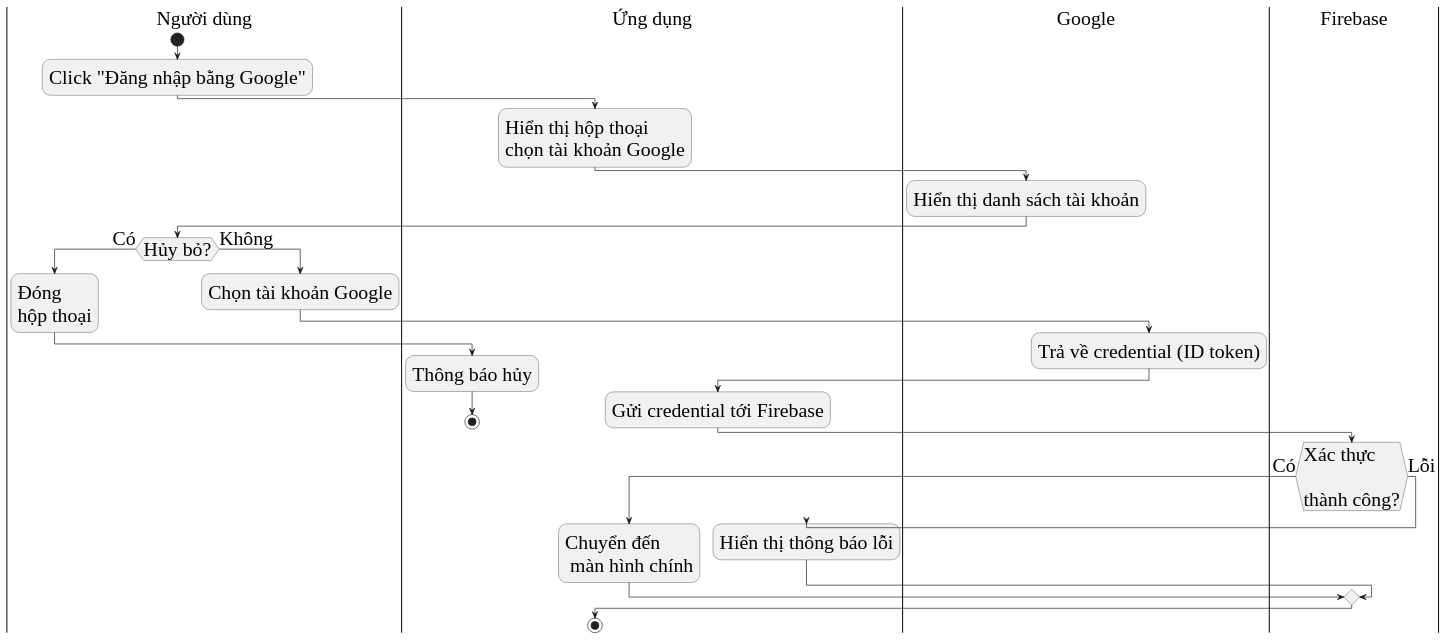
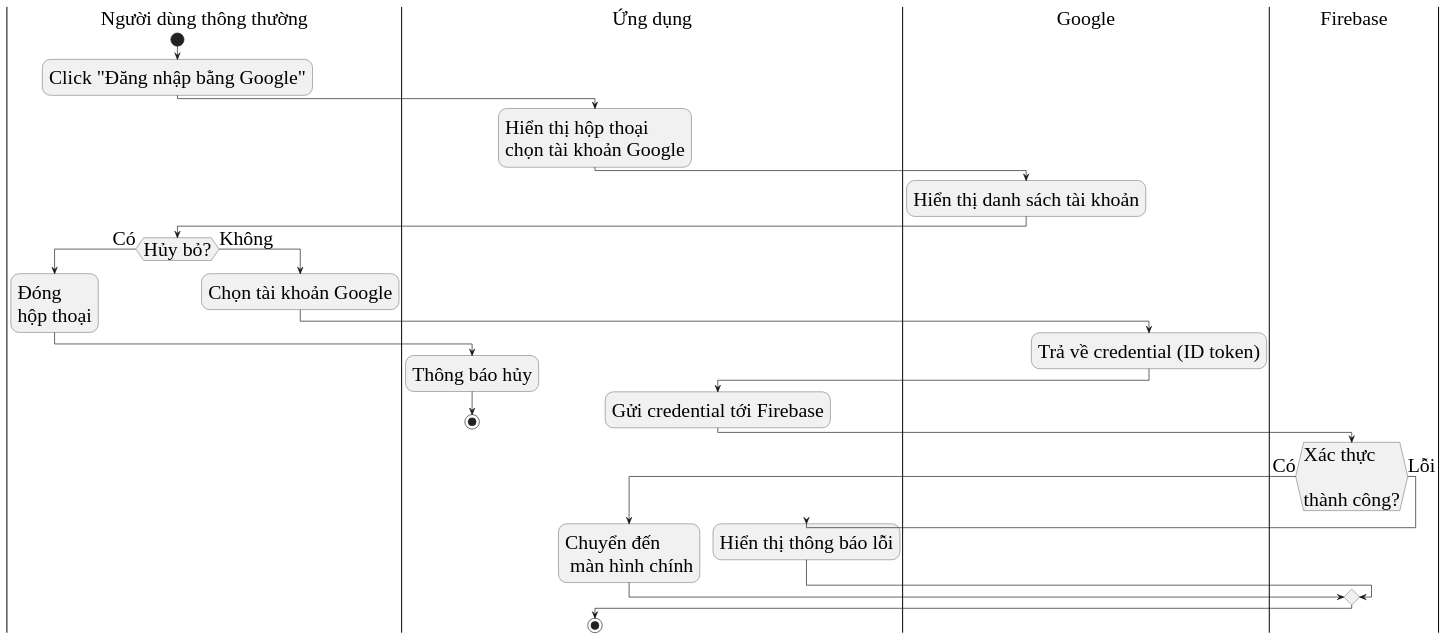
The diagram in diagram/google_sign_in.puml (thecodinglife320/CookGood), drawn with PlantUML before and after one commit. The commit also changed 38 other files, not shown here.

```diff
--- a/diagram/google_sign_in.puml
+++ b/diagram/google_sign_in.puml
@@ -1,35 +1,35 @@
 @startuml
 skinparam DefaultFontName "Liberation Serif"
 skinparam DefaultFontSize 30
-|Người dùng|
+|Người dùng thông thường|
 start
 :Click "Đăng nhập bằng Google";
 |Ứng dụng|
 :Hiển thị hộp thoại \nchọn tài khoản Google;
 |Google|
 :Hiển thị danh sách tài khoản;
-|Người dùng|
+|Người dùng thông thường|
 if (Hủy bỏ?) then (Có)
   :Đóng
   hộp thoại;
   |Ứng dụng|
   :Thông báo hủy;
   stop
 else (Không)
-	|Người dùng|
+	|Người dùng thông thường|
   :Chọn tài khoản Google;
   |Google|
   :Trả về credential (ID token);
   |Ứng dụng|
   :Gửi credential tới Firebase;
   |Firebase|
   if (Xác thực\n\nthành công?) then (Có)
     |Ứng dụng|
     :Chuyển đến \n màn hình chính;
   else (Lỗi)
     |Ứng dụng|
     :Hiển thị thông báo lỗi;
   endif
 endif
 stop
 @enduml
```
